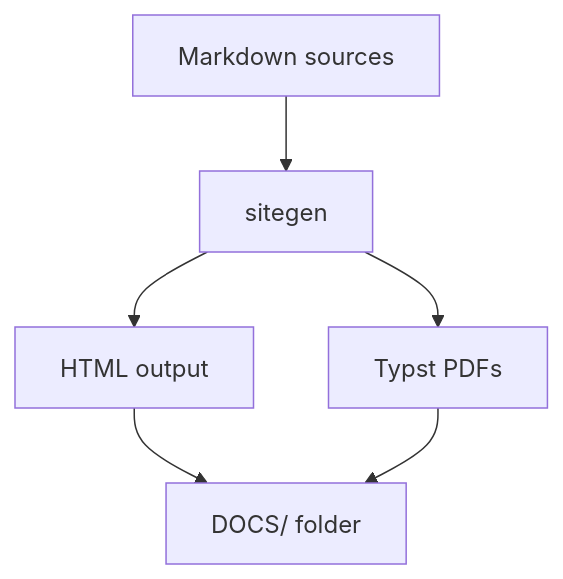
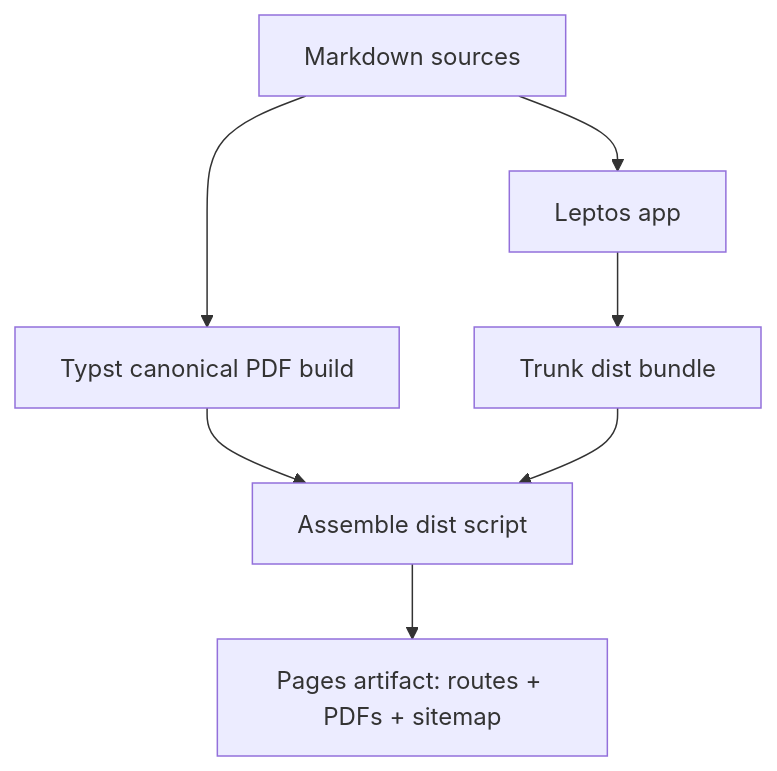
One commit to qqrm/CV changed the diagram in DOCS/diagrams/CV_GENERATION.MMD. Above: the diagram before and after it, drawn with Mermaid. The commit also changed other lines of this file and 27 other files, not shown here.

Commit message:
Remove legacy sitegen pipeline and unify Leptos Pages build (#452)

```diff
--- a/DOCS/diagrams/CV_GENERATION.MMD
+++ b/DOCS/diagrams/CV_GENERATION.MMD
@@ -1,6 +1,7 @@
 flowchart TD
-    A[Markdown sources] --> B[sitegen]
-    B --> C[HTML output]
-    B --> D[Typst PDFs]
-    C --> E[DOCS/ folder]
+    A[Markdown sources] --> B[Typst canonical PDF build]
+    A --> C[Leptos app]
+    C --> D[Trunk dist bundle]
+    B --> E[Assemble dist script]
     D --> E
+    E --> F[Pages artifact: routes + PDFs + sitemap]
```
